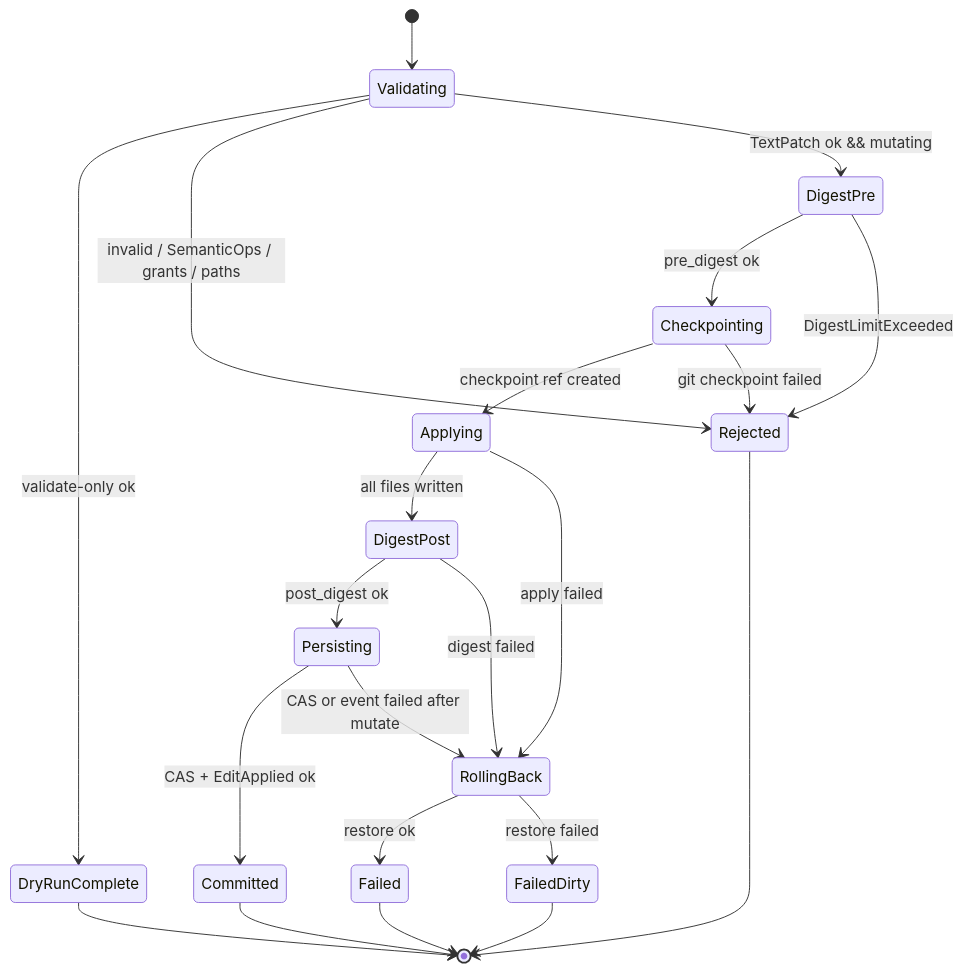
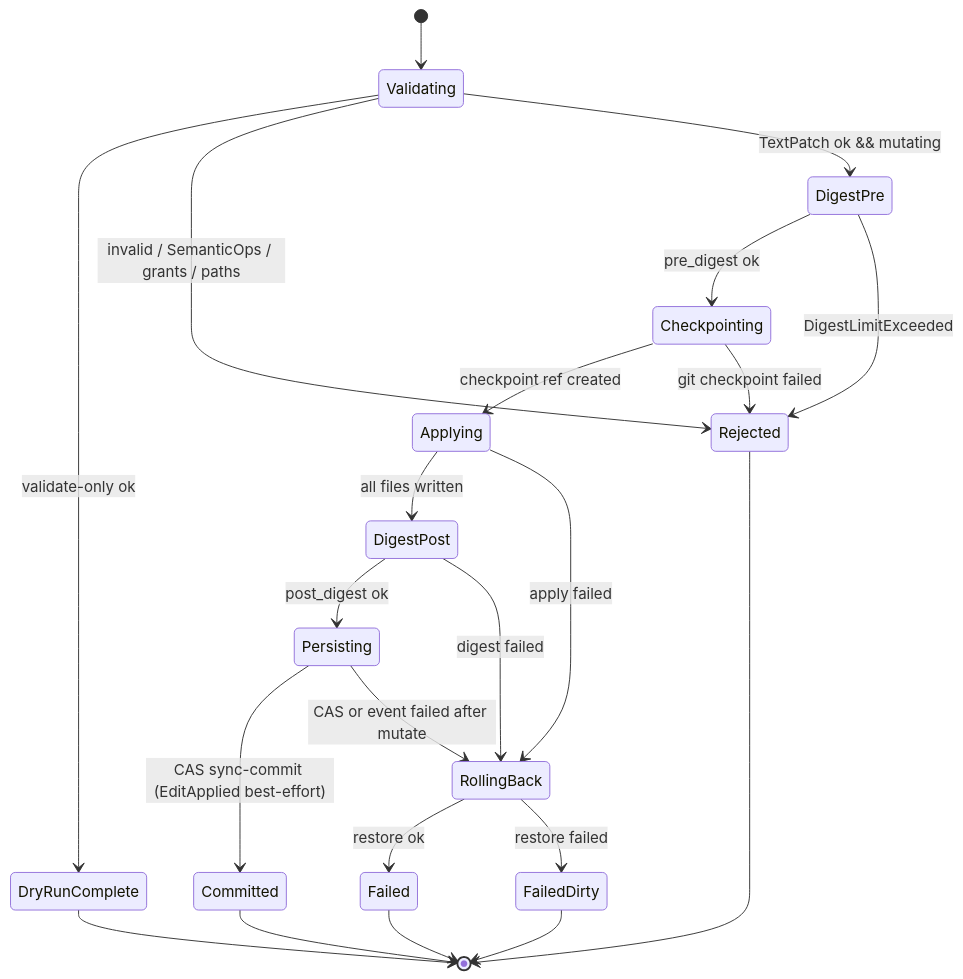
The first of 3 diagrams in docs/rfcs/RFC-0008-edit-engine.md (arkadianet/Alloy), drawn with Mermaid before and after one commit. The commit also changed other lines of this file, not shown here.

````diff
--- a/docs/rfcs/RFC-0008-edit-engine.md
+++ b/docs/rfcs/RFC-0008-edit-engine.md
@@ -993,24 +1036,24 @@
 ```mermaid
 stateDiagram-v2
   [*] --> Validating
   Validating --> DryRunComplete: validate-only ok
   Validating --> Rejected: invalid / SemanticOps / grants / paths
   Validating --> DigestPre: TextPatch ok && mutating
   DigestPre --> Checkpointing: pre_digest ok
   DigestPre --> Rejected: DigestLimitExceeded
   Checkpointing --> Applying: checkpoint ref created
   Checkpointing --> Rejected: git checkpoint failed
   Applying --> DigestPost: all files written
   Applying --> RollingBack: apply failed
   DigestPost --> Persisting: post_digest ok
   DigestPost --> RollingBack: digest failed
-  Persisting --> Committed: CAS + EditApplied ok
+  Persisting --> Committed: CAS sync-commit (EditApplied best-effort)
   Persisting --> RollingBack: CAS or event failed after mutate
   RollingBack --> Failed: restore ok
   RollingBack --> FailedDirty: restore failed
   DryRunComplete --> [*]
   Committed --> [*]
   Rejected --> [*]
   Failed --> [*]
   FailedDirty --> [*]
 ```
````
